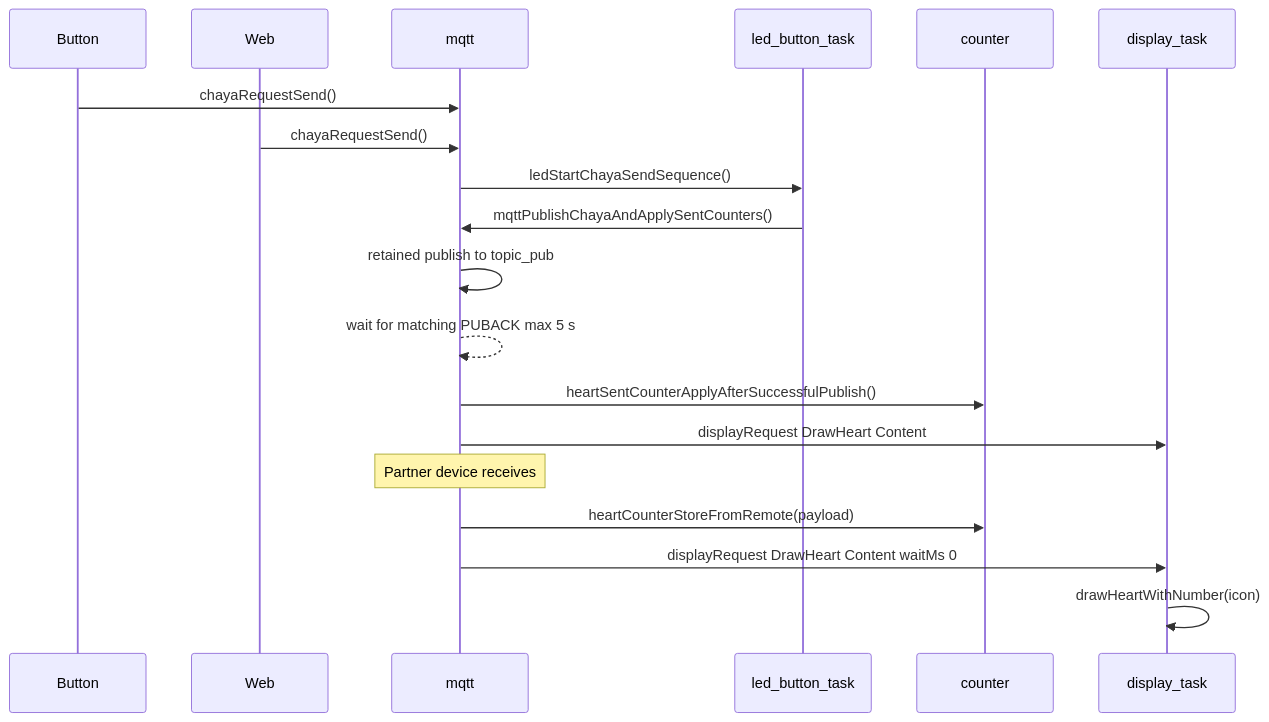
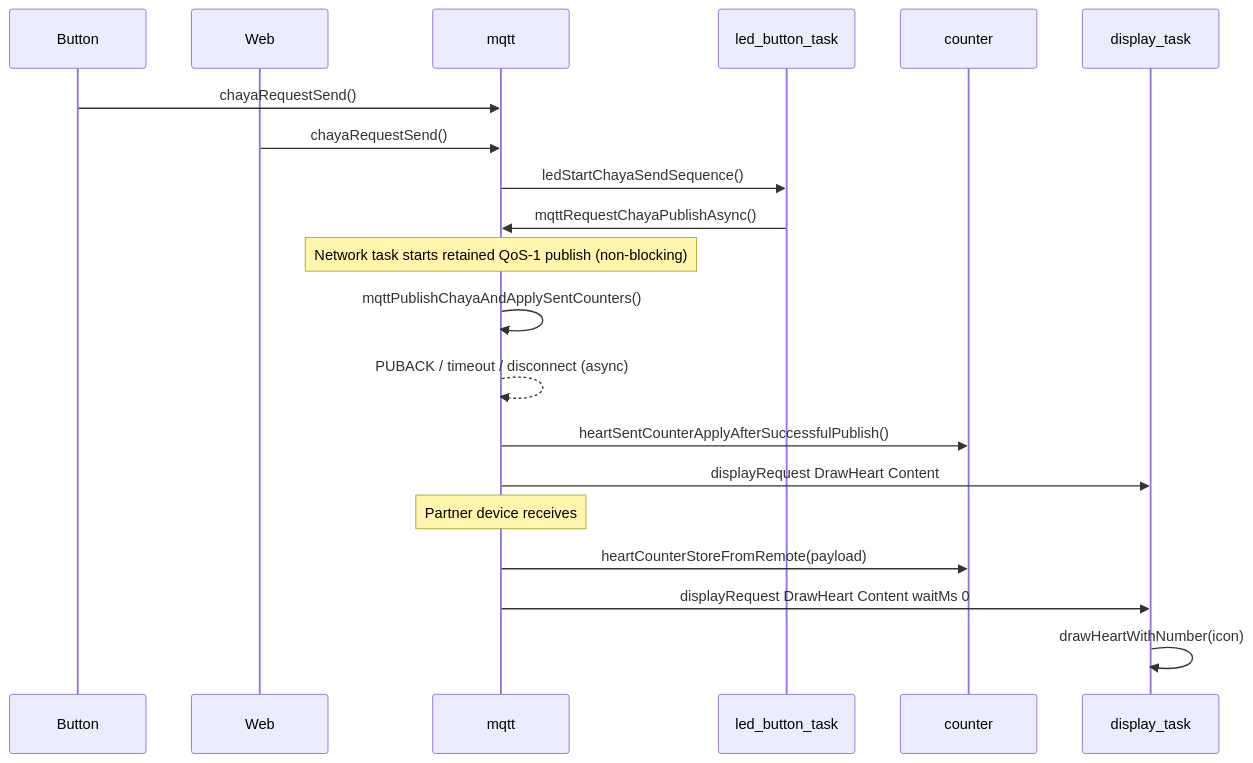
Before and after one commit to EyJunge1/chaya2mqtt: the third of 3 diagrams in docs/ARCHITECTURE.md, drawn with Mermaid. The commit also changed other lines of this file and 240 other files, not shown here.

````diff
--- a/docs/ARCHITECTURE.md
+++ b/docs/ARCHITECTURE.md
@@ -209,23 +211,24 @@
 ```mermaid
 sequenceDiagram
     participant B as Button
     participant W as Web
     participant M as mqtt
     participant L as led_button_task
     participant C as counter
     participant D as display_task
 
     B->>M: chayaRequestSend()
     W->>M: chayaRequestSend()
     M->>L: ledStartChayaSendSequence()
-    L->>M: mqttPublishChayaAndApplySentCounters()
-    M->>M: retained publish to topic_pub
-    M-->>M: wait for matching PUBACK max 5 s
+    L->>M: mqttRequestChayaPublishAsync()
+    Note over M: Network task starts retained QoS-1 publish (non-blocking)
+    M->>M: mqttPublishChayaAndApplySentCounters()
+    M-->>M: PUBACK / timeout / disconnect (async)
     M->>C: heartSentCounterApplyAfterSuccessfulPublish()
     M->>D: displayRequest DrawHeart Content
 
     Note over M: Partner device receives
     M->>C: heartCounterStoreFromRemote(payload)
     M->>D: displayRequest DrawHeart Content waitMs 0
     D->>D: drawHeartWithNumber(icon)
 ```
````
